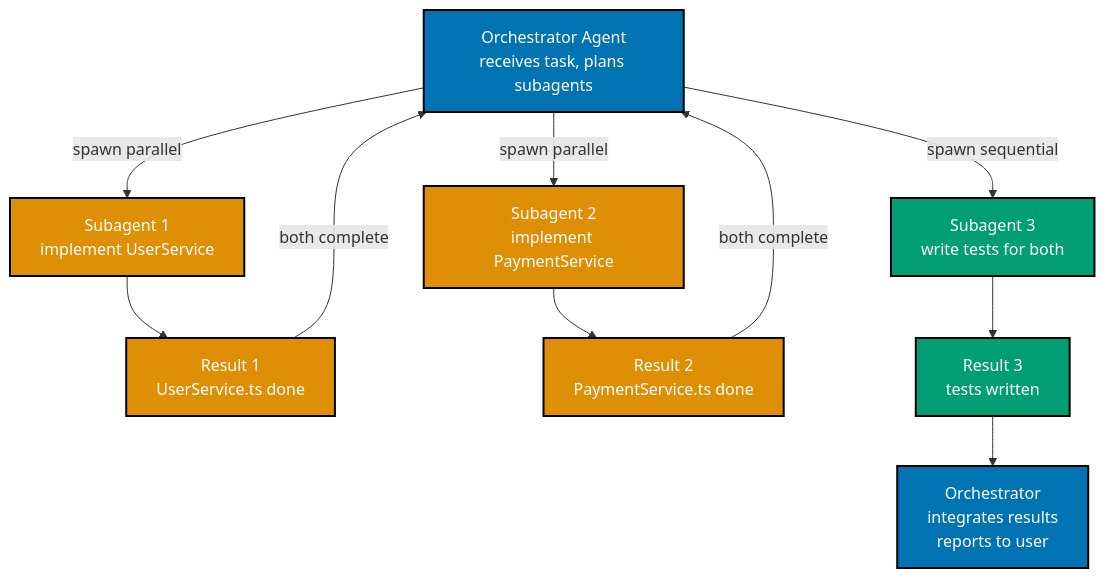
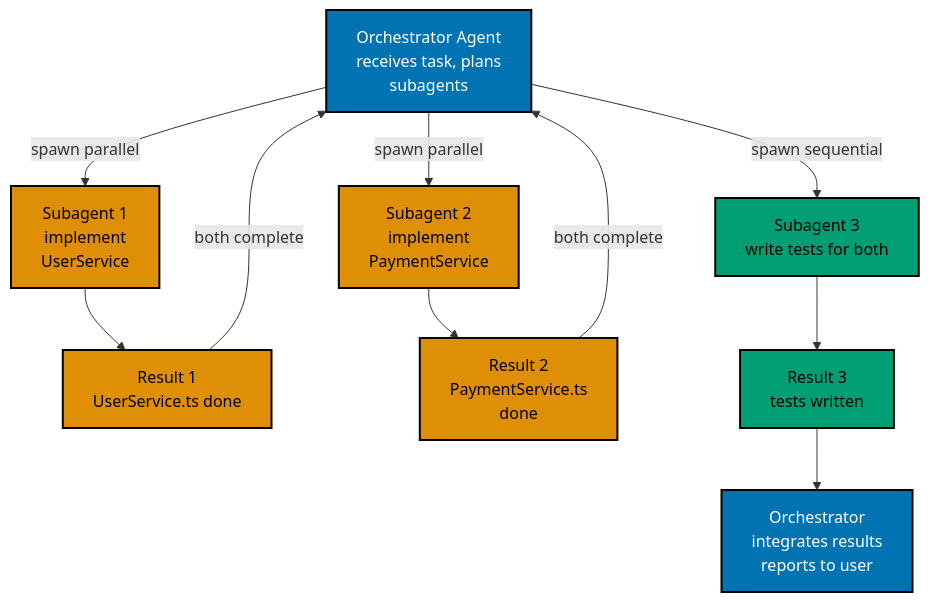
The fifth of 8 diagrams in apps/ayokoding-www/content/en/learn/legacy/artificial-intelligence/tools/claude-code/by-concept/intermediate.md (wahidyankf/ose-public), drawn with Mermaid before and after one commit. The commit also changed other lines of this file and 50 other files, not shown here.

First line of the commit message:
fix(mermaid): bring the docs, governance, plans, and legacy AI diagrams onto the accessible palette

````diff
--- a/apps/ayokoding-www/content/en/learn/legacy/artificial-intelligence/tools/claude-code/by-concept/intermediate.md
+++ b/apps/ayokoding-www/content/en/learn/legacy/artificial-intelligence/tools/claude-code/by-concept/intermediate.md
@@ -521,28 +533,31 @@
 ```mermaid
 %% Color Palette: Blue #0173B2, Orange #DE8F05, Teal #029E73, Purple #CC78BC, Brown #CA9161
 %% All colors are color-blind friendly and meet WCAG AA contrast standards
 
 graph TD
-    ORCH["Orchestrator Agent<br/>receives task, plans subagents"]:::blue
-    S1["Subagent 1<br/>implement UserService"]:::orange
-    S2["Subagent 2<br/>implement PaymentService"]:::orange
+    accTitle: 5. Subagents
+    accDescr: Graph with 8 nodes and 9 connections. Nodes: Orchestrator Agent receives task, plans subagents, Subagent 1 implement UserService, Subagent 2 implement PaymentService, Subagent 3 write tests for both, Result 1 UserService.ts done, Result 2 PaymentService.ts done, Result 3 tests written, Orchestrator integrates results reports to user. Connections: Orchestrator Agent receives task, plans subagents to Subagent 1 implement UserService (spawn parallel), Orchestrator Agent receives task, plans subagents to Subagent 2 implement PaymentService (spawn parallel), Subagent 1 implement UserService to Result 1 UserService.ts done, Subagent 2 implement PaymentService to Result 2 PaymentService.ts done, Result 1 UserService.ts done to Orchestrator Agent receives task, plans subagents (both complete), Result 2 PaymentService.ts done to Orchestrator Agent receives task, plans subagents (both complete), Orchestrator Agent receives task, plans subagents to Subagent 3 write tests for both (spawn sequential), Subagent 3 write tests for both to Result 3 tests written, Result 3 tests written to Orchestrator integrates results reports to user.
+    ORCH["Orchestrator Agent<br/>receives task, plans<br/>subagents"]:::blue
+    S1["Subagent 1<br/>implement<br/>UserService"]:::orange
+    S2["Subagent 2<br/>implement<br/>PaymentService"]:::orange
     S3["Subagent 3<br/>write tests for both"]:::teal
     R1["Result 1<br/>UserService.ts done"]:::orange
-    R2["Result 2<br/>PaymentService.ts done"]:::orange
+    R2["Result 2<br/>PaymentService.ts<br/>done"]:::orange
     R3["Result 3<br/>tests written"]:::teal
     FINAL["Orchestrator<br/>integrates results<br/>reports to user"]:::blue
 
     ORCH -->|"spawn parallel"| S1
     ORCH -->|"spawn parallel"| S2
     S1 --> R1
     S2 --> R2
     R1 -->|"both complete"| ORCH
     R2 -->|"both complete"| ORCH
     ORCH -->|"spawn sequential"| S3
     S3 --> R3
     R3 --> FINAL
 
     classDef blue fill:#0173B2,stroke:#000000,color:#FFFFFF,stroke-width:2px
-    classDef orange fill:#DE8F05,stroke:#000000,color:#FFFFFF,stroke-width:2px
-    classDef teal fill:#029E73,stroke:#000000,color:#FFFFFF,stroke-width:2px
+    classDef orange fill:#DE8F05,stroke:#000000,color:#000000,stroke-width:2px
+    classDef teal fill:#029E73,stroke:#000000,color:#000000,stroke-width:2px
+    classDef default fill:#FFFFFF,stroke:#000000,color:#000000
 ```
````
